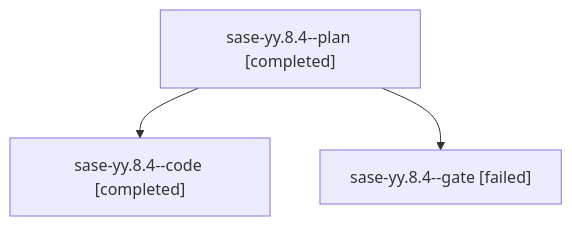
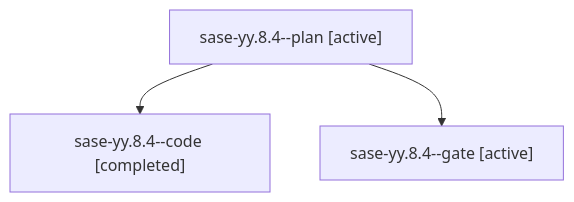
Before and after one commit to sase-org/sase--agents: the diagram in families/bbugyi200.athena.sase-yy.8.4.md, drawn with Mermaid. The commit also changed other lines of this file and 35830 other files, not shown here.

````diff
--- a/families/bbugyi200.athena.sase-yy.8.4.md
+++ b/families/bbugyi200.athena.sase-yy.8.4.md
@@ -9,8 +9,8 @@
 ```mermaid
 flowchart TD
-  n0["sase-yy.8.4--plan [completed]"]
+  n0["sase-yy.8.4--plan [active]"]
   n1["sase-yy.8.4--code [completed]"]
   n0 --> n1
-  n2["sase-yy.8.4--gate [failed]"]
+  n2["sase-yy.8.4--gate [active]"]
   n0 --> n2
 ```
````
